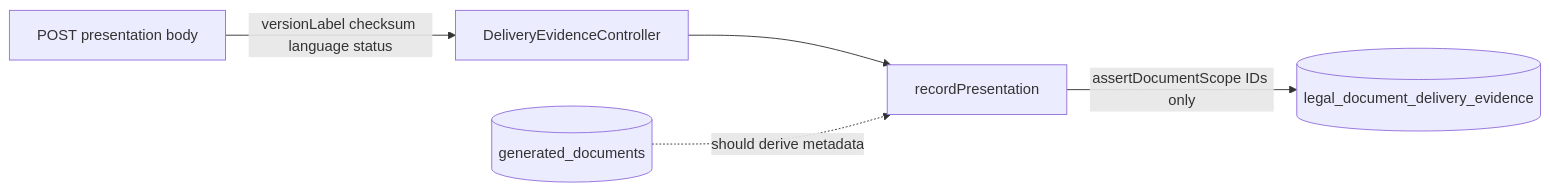
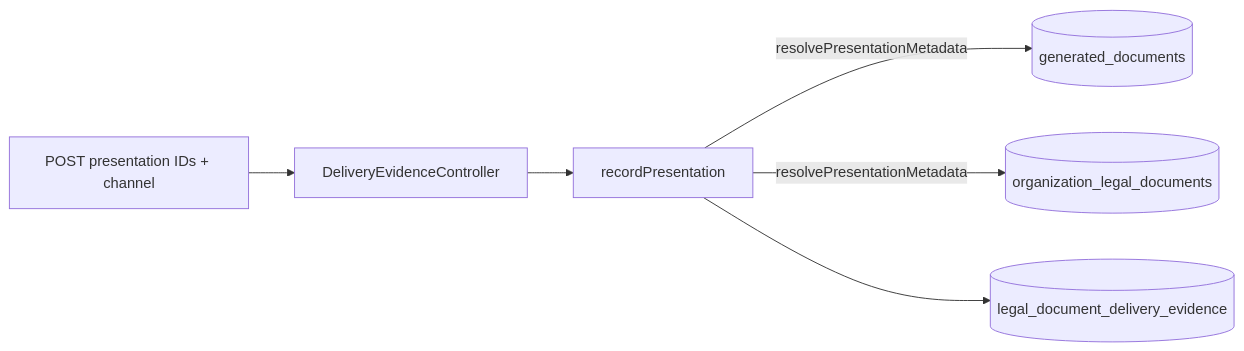
One commit to FATIHS-MGCKS/SYNQDRIVE-alpha changed the diagram in architecture/LEGAL_DOCUMENT_POST_REMEDIATION_AUDIT_2026-07-22.md. Above: the diagram before and after it, drawn with Mermaid. The commit also changed other lines of this file and 16 other files, not shown here.

First line of the commit message:
fix(legal-docs): resolve P0 build blockers and P1 trust boundaries

````diff
--- a/architecture/LEGAL_DOCUMENT_POST_REMEDIATION_AUDIT_2026-07-22.md
+++ b/architecture/LEGAL_DOCUMENT_POST_REMEDIATION_AUDIT_2026-07-22.md
@@ -30,7 +36,8 @@
 ```mermaid
 flowchart LR
-  Client[POST presentation body] -->|versionLabel checksum language status| API[DeliveryEvidenceController]
+  Client[POST presentation IDs + channel] --> API[DeliveryEvidenceController]
   API --> Svc[recordPresentation]
-  Svc -->|assertDocumentScope IDs only| DB[(legal_document_delivery_evidence)]
-  GD[(generated_documents)] -.->|should derive metadata| Svc
+  Svc -->|resolvePresentationMetadata| GD[(generated_documents)]
+  Svc -->|resolvePresentationMetadata| LD[(organization_legal_documents)]
+  Svc --> DB[(legal_document_delivery_evidence)]
 ```
````
